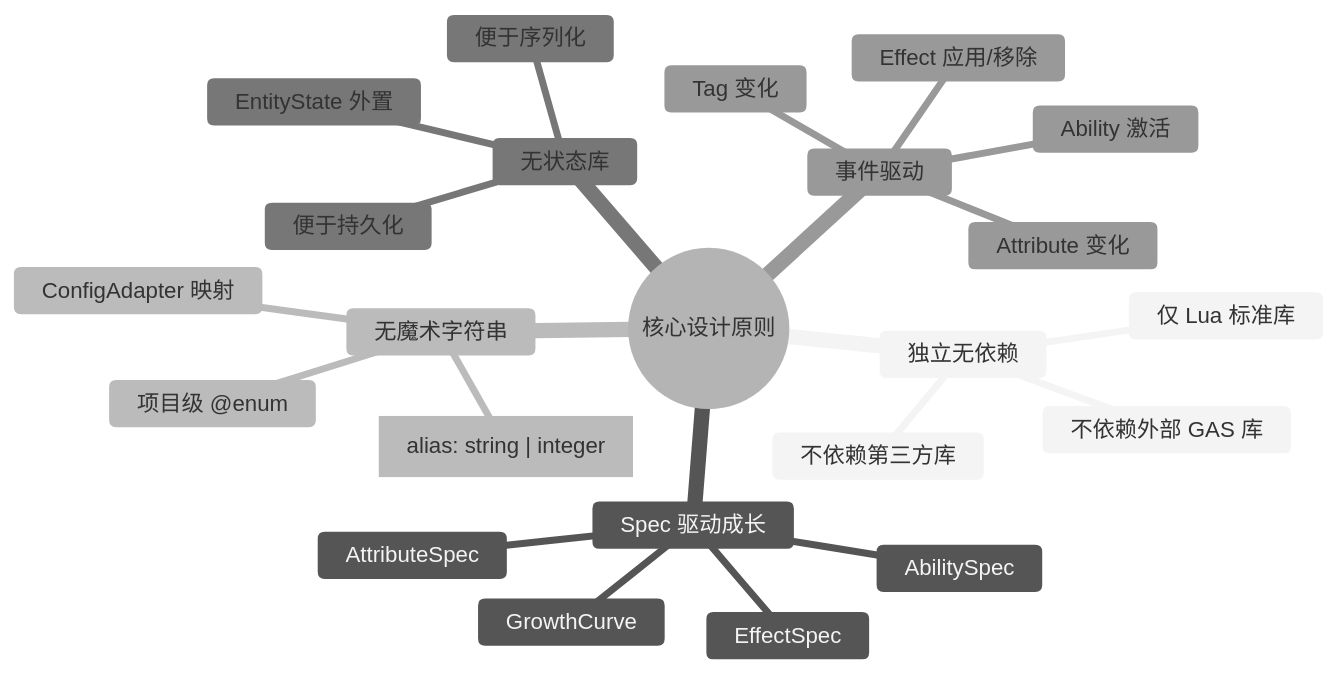
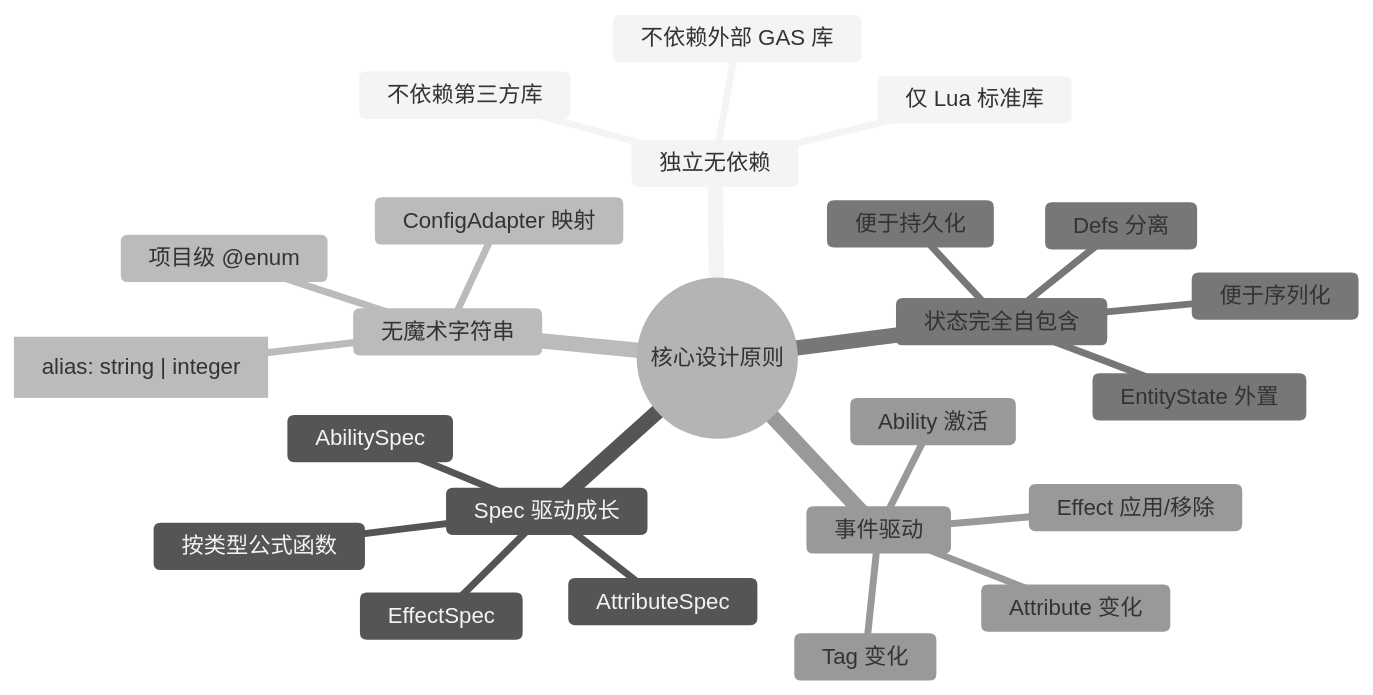
Before and after one commit to caorenmei/cgas: the first of 3 diagrams in docs/specs/mini_gas/architecture.md, drawn with Mermaid. The commit also changed other lines of this file and 27 other files, not shown here.

First line of the commit message:
refactor(mini_gas): 状态自包含，Defs 分离，移除通用 GrowthCurve

````diff
--- a/docs/specs/mini_gas/architecture.md
+++ b/docs/specs/mini_gas/architecture.md
@@ -35,27 +37,28 @@
 ```mermaid
 %%{init: {'theme': 'neutral'}}%%
 mindmap
   root((核心设计原则))
     独立无依赖
       不依赖外部 GAS 库
       不依赖第三方库
       仅 Lua 标准库
     Spec 驱动成长
       AbilitySpec
       EffectSpec
       AttributeSpec
-      GrowthCurve
+      按类型公式函数
     无魔术字符串
       idAliasText["alias: string | integer"]
       项目级 @enum
       ConfigAdapter 映射
-    无状态库
+    状态完全自包含
       EntityState 外置
+      Defs 分离
       便于序列化
       便于持久化
     事件驱动
       Ability 激活
       Effect 应用/移除
       Attribute 变化
       Tag 变化
 ```
````
